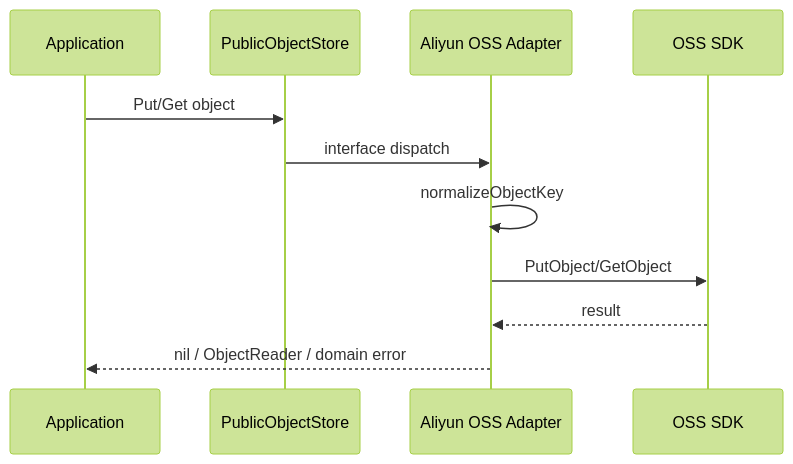
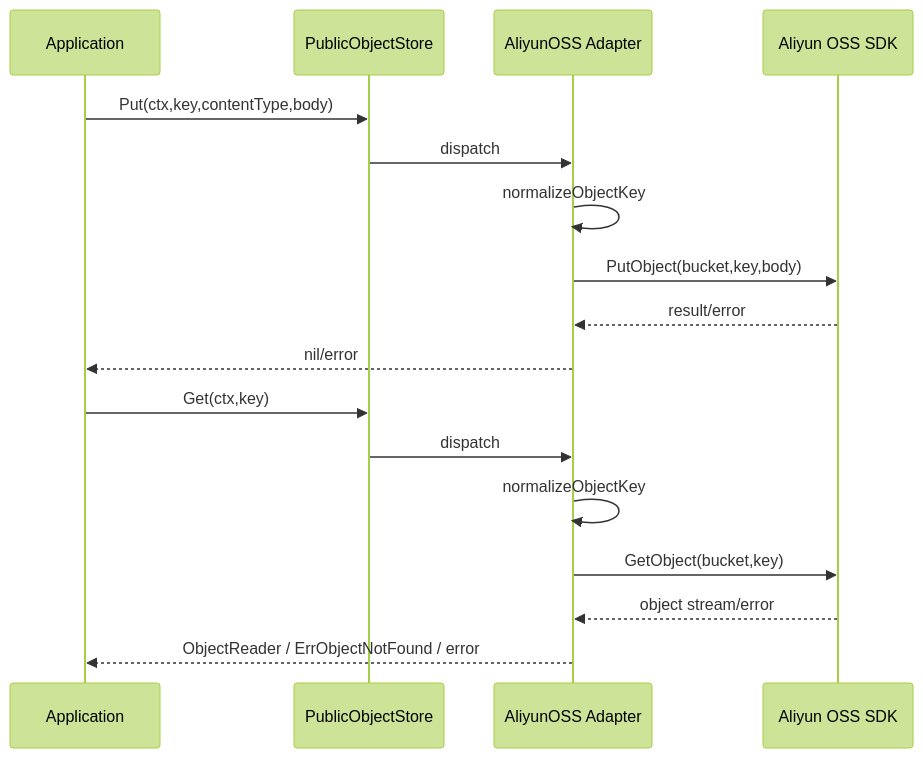
The diagram in docs/03-基础设施/integrations/02-ObjectStorage适配器.md (FangcunMount/qs-server), drawn with Mermaid (forest theme) before and after one commit. The commit also changed other lines of this file and 5 other files, not shown here.

````diff
--- a/docs/03-基础设施/integrations/02-ObjectStorage适配器.md
+++ b/docs/03-基础设施/integrations/02-ObjectStorage适配器.md
@@ -16,14 +58,21 @@
 ```mermaid
 sequenceDiagram
     participant App as Application
     participant Port as PublicObjectStore
-    participant OSS as Aliyun OSS Adapter
-    participant SDK as OSS SDK
+    participant Adapter as AliyunOSS Adapter
+    participant SDK as Aliyun OSS SDK
 
-    App->>Port: Put/Get object
-    Port->>OSS: interface dispatch
-    OSS->>OSS: normalizeObjectKey
-    OSS->>SDK: PutObject/GetObject
-    SDK-->>OSS: result
-    OSS-->>App: nil / ObjectReader / domain error
+    App->>Port: Put(ctx,key,contentType,body)
+    Port->>Adapter: dispatch
+    Adapter->>Adapter: normalizeObjectKey
+    Adapter->>SDK: PutObject(bucket,key,body)
+    SDK-->>Adapter: result/error
+    Adapter-->>App: nil/error
+
+    App->>Port: Get(ctx,key)
+    Port->>Adapter: dispatch
+    Adapter->>Adapter: normalizeObjectKey
+    Adapter->>SDK: GetObject(bucket,key)
+    SDK-->>Adapter: object stream/error
+    Adapter-->>App: ObjectReader / ErrObjectNotFound / error
 ```
````
